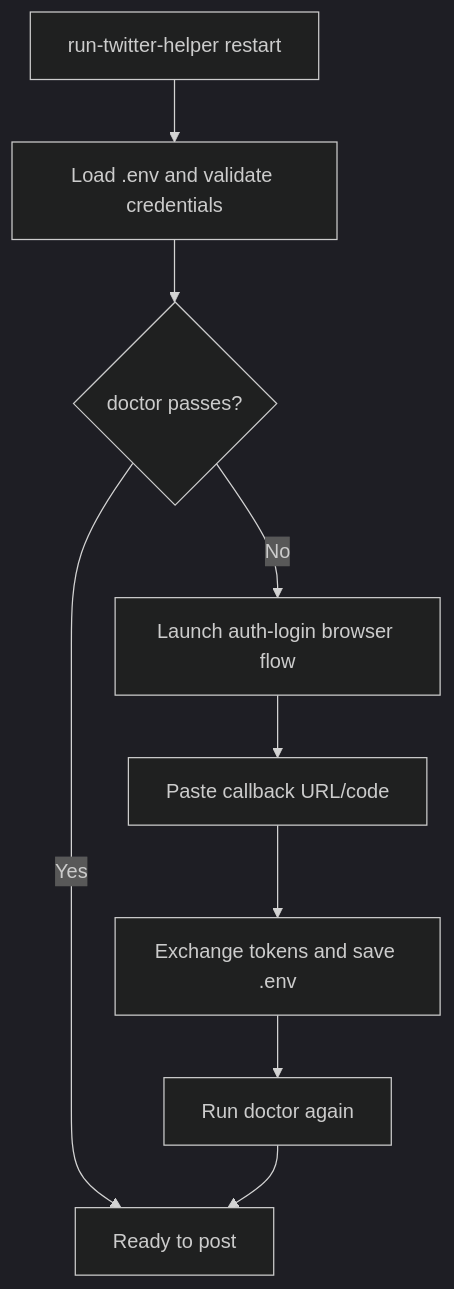
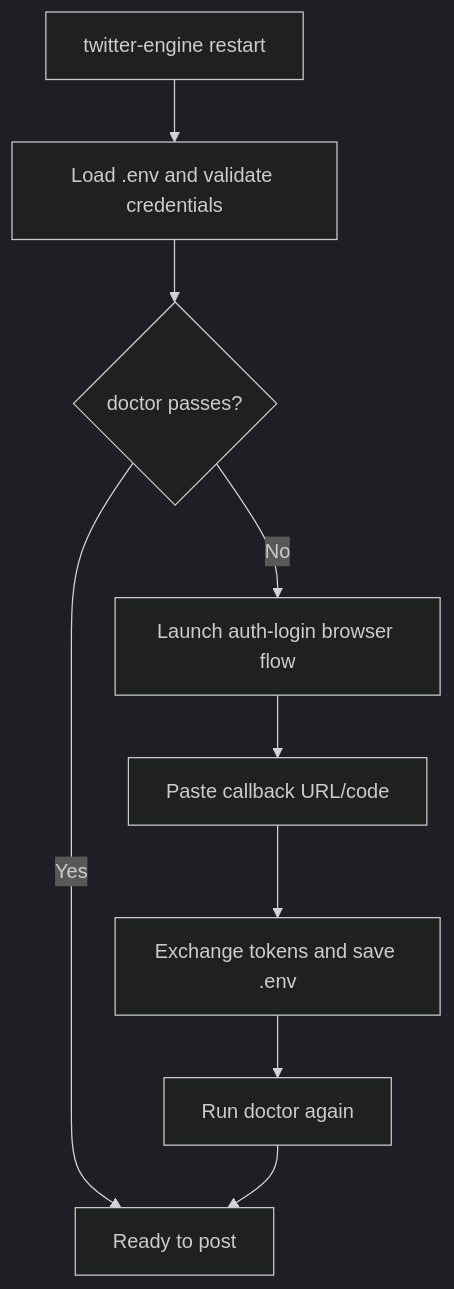
The diagram in docs/wizard-flow.md (NanoRisk6/openclaw-twitter-helper), drawn with Mermaid (dark theme) before and after one commit. The commit also changed other lines of this file and 23 other files, not shown here.

Commit message:
Unify twitter-engine with viral packs and infinite reply mode

````diff
--- a/docs/wizard-flow.md
+++ b/docs/wizard-flow.md
@@ -3,11 +3,11 @@
 ```mermaid
 flowchart TD
-  A["run-twitter-helper restart"] --> B["Load .env and validate credentials"]
+  A["twitter-engine restart"] --> B["Load .env and validate credentials"]
   B --> C{"doctor passes?"}
   C -- Yes --> D["Ready to post"]
   C -- No --> E["Launch auth-login browser flow"]
   E --> F["Paste callback URL/code"]
   F --> G["Exchange tokens and save .env"]
   G --> H["Run doctor again"]
   H --> D
 ```
````
